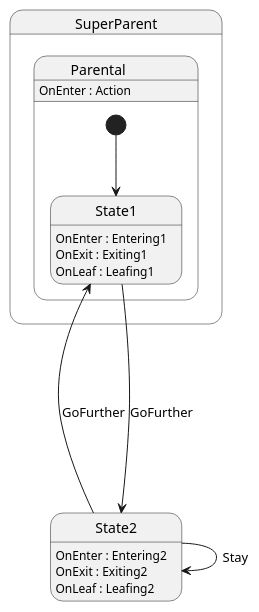
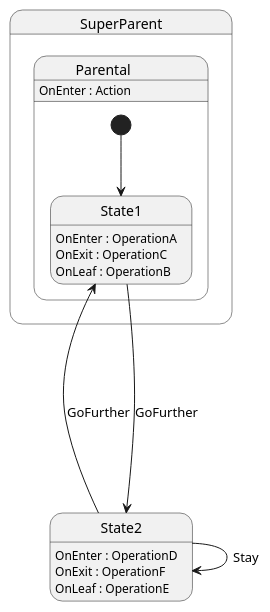
The diagram in fsmExamples/puml/exampleFSM.puml (pawelwojtowicz/fsmEngine), drawn with PlantUML before and after one commit. The commit also changed 3 other files, not shown here.

```diff
--- a/fsmExamples/puml/exampleFSM.puml
+++ b/fsmExamples/puml/exampleFSM.puml
@@ -1,21 +1,21 @@
 @startuml
 state SuperParent {
 Parental: OnEnter : Action
 }
 
 
 state Parental {
 [*] --> State1
 }
 State1 ----> State2 : GoFurther
 State2 -> State2 : Stay
 
 State2 -> State1 : GoFurther
 
-State1 : OnEnter : Entering1
-State1 : OnExit : Exiting1
-State1 : OnLeaf : Leafing1
-State2 : OnEnter : Entering2
-State2 : OnExit : Exiting2
-State2 : OnLeaf : Leafing2
+State1 : OnEnter : OperationA
+State1 : OnExit : OperationC
+State1 : OnLeaf : OperationB
+State2 : OnEnter : OperationD
+State2 : OnExit : OperationF
+State2 : OnLeaf : OperationE
 @enduml
```
